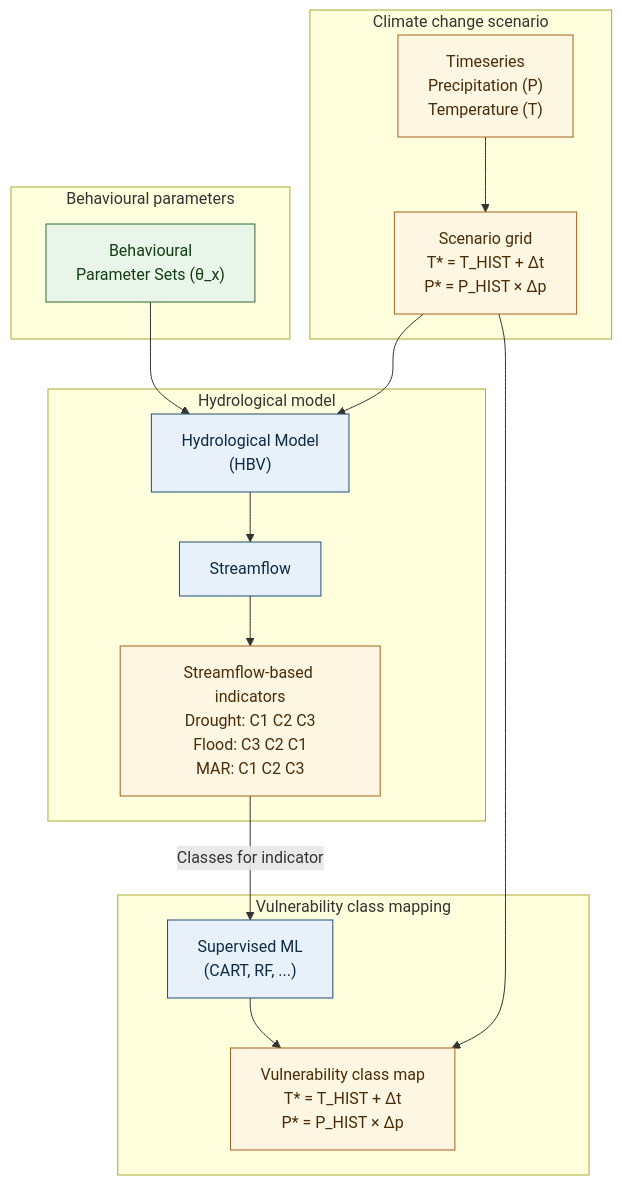
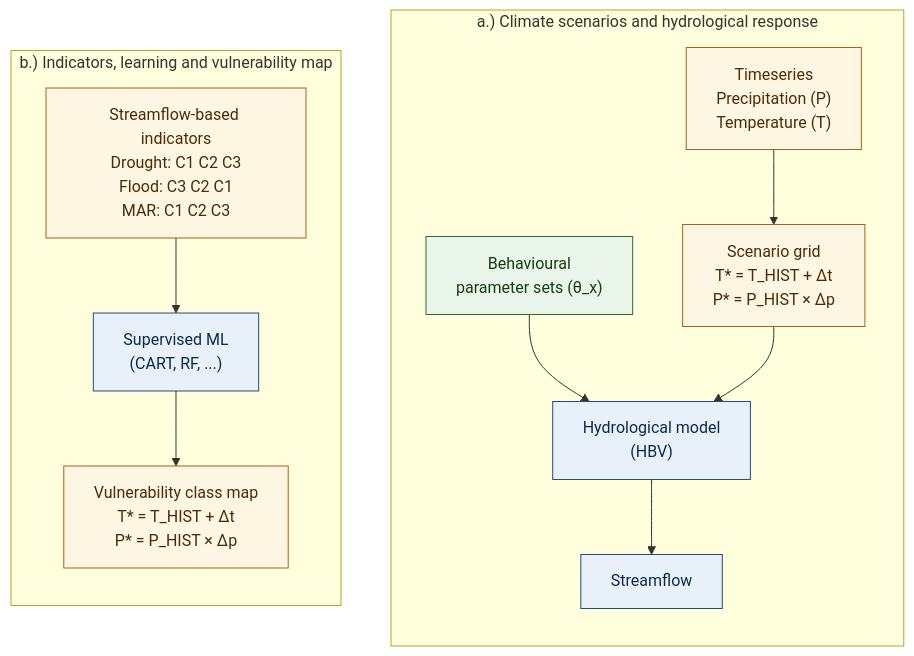
One commit to anixn/Non-Stationarity-KG changed the diagram in 03-writeup/Revision-1/latex-v2/figure-spec/fig3_framework.mmd. Above: the diagram before and after it, drawn with Mermaid. The commit also changed 105 other files, not shown here.

First line of the commit message:
Rebuild figures to standard v2 and consolidate figure set

```diff
--- a/03-writeup/Revision-1/latex-v2/figure-spec/fig3_framework.mmd
+++ b/03-writeup/Revision-1/latex-v2/figure-spec/fig3_framework.mmd
@@ -1,24 +1,19 @@
 flowchart TB
-    subgraph S1["Climate change scenario"]
-        A["Timeseries<br/>Precipitation (P)<br/>Temperature (T)"] --> B["Scenario grid<br/>T* = T_HIST + Δt<br/>P* = P_HIST × Δp"]
-    end
-    subgraph S2["Behavioural parameters"]
-        C["Behavioural<br/>Parameter Sets (θ_x)"]
-    end
-    subgraph S3["Hydrological model"]
-        B --> D["Hydrological Model<br/>(HBV)"]
-        C --> D
-        D --> E["Streamflow"]
-        E --> F["Streamflow-based indicators<br/>Drought: C1 C2 C3<br/>Flood: C3 C2 C1<br/>MAR: C1 C2 C3"]
-    end
-    subgraph S4["Vulnerability class mapping"]
-        F -->|"Classes for indicator"| G["Supervised ML<br/>(CART, RF, ...)"]
-        G --> H["Vulnerability class map<br/>T* = T_HIST + Δt<br/>P* = P_HIST × Δp"]
-        B --> H
-    end
-    classDef data fill:#fdf6e3,stroke:#a6611a,color:#4a2c07
-    classDef model fill:#e8f1fa,stroke:#1f4e79,color:#0d2b45
-    classDef param fill:#eaf5ea,stroke:#2e6b2e,color:#123d12
-    class A,B,F,H data
-    class D,E,G model
-    class C param
+  subgraph SA["a.) Climate scenarios and hydrological response"]
+    direction TB
+    A["Timeseries<br/>Precipitation (P)<br/>Temperature (T)"] --> B["Scenario grid<br/>T* = T_HIST + Δt<br/>P* = P_HIST × Δp"]
+    C["Behavioural<br/>parameter sets (θ_x)"] --> D["Hydrological model<br/>(HBV)"]
+    B --> D
+    D --> E["Streamflow"]
+  end
+  subgraph SB["b.) Indicators, learning and vulnerability map"]
+    direction TB
+    F["Streamflow-based indicators<br/>Drought: C1 C2 C3<br/>Flood: C3 C2 C1<br/>MAR: C1 C2 C3"] --> G["Supervised ML<br/>(CART, RF, ...)"]
+    G --> H["Vulnerability class map<br/>T* = T_HIST + Δt<br/>P* = P_HIST × Δp"]
+  end
+  classDef data fill:#fdf6e3,stroke:#a6611a,color:#4a2c07
+  classDef model fill:#e8f1fa,stroke:#1f4e79,color:#0d2b45
+  classDef param fill:#eaf5ea,stroke:#2e6b2e,color:#123d12
+  class A,B,F,H data
+  class D,E,G model
+  class C param
```
